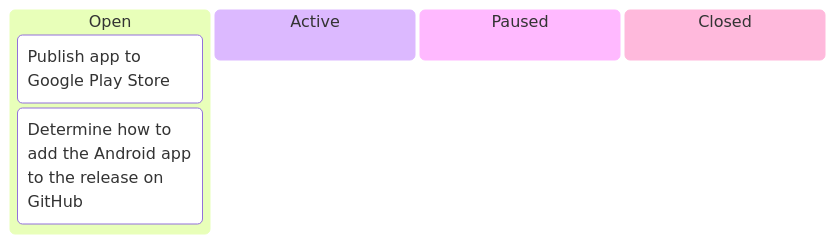
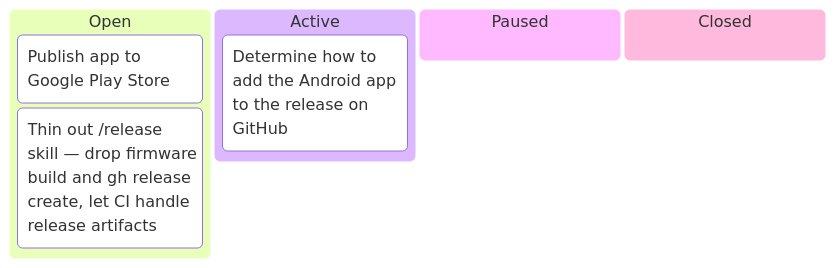
One commit to tgd1975/AwesomeStudioPedal changed the first of 7 diagrams in docs/developers/tasks/KANBAN.md. Above: the diagram before and after it, drawn with Mermaid. The commit also changed other lines of this file and 3 other files, not shown here.

````diff
--- a/docs/developers/tasks/KANBAN.md
+++ b/docs/developers/tasks/KANBAN.md
@@ -11,9 +11,10 @@
 ```mermaid
 kanban
   Open
     TASK_160["Publish app to Google Play Store"]
+    TASK_363["Thin out /release skill — drop firmware build and gh release create, let CI handle release artifacts"]
+  Active
     TASK_179["Determine how to add the Android app to the release on GitHub"]
-  Active
   Paused
   Closed
 ```
````
